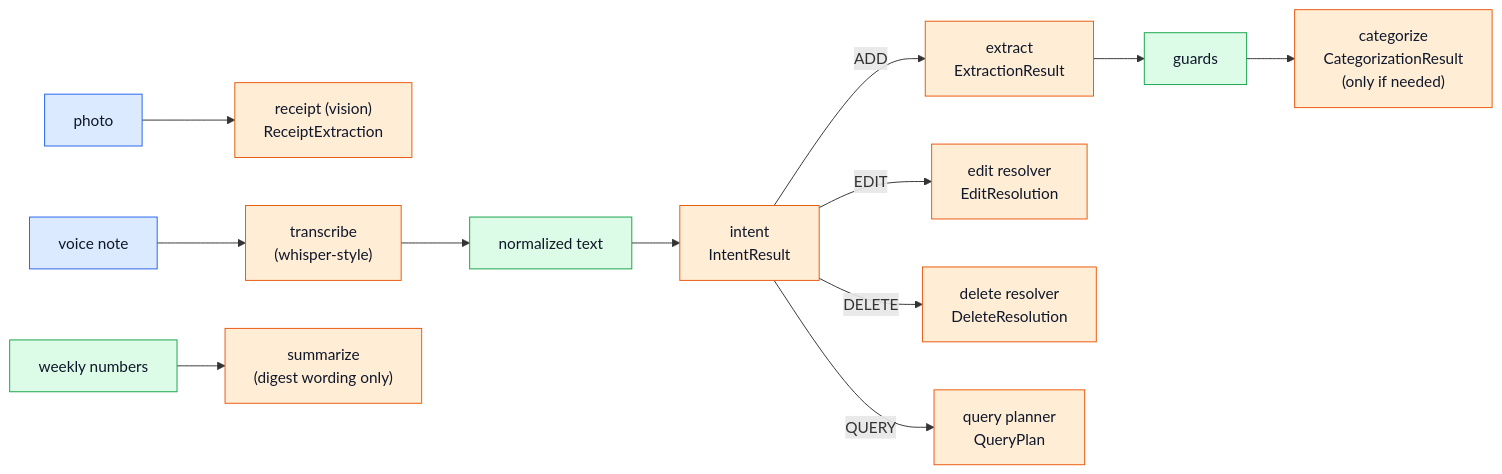
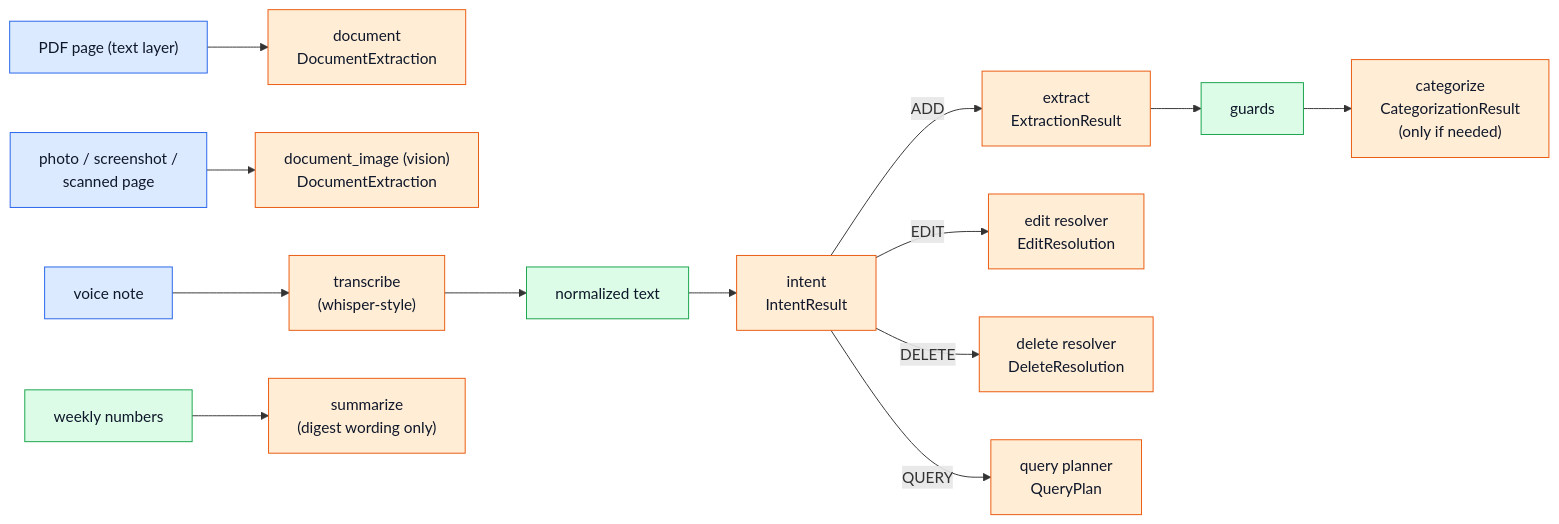
One commit to ShishirRijal/PocketAI changed the first of 3 diagrams in docs/04-llm-layer.md. Above: the diagram before and after it, drawn with Mermaid. The commit also changed other lines of this file and 8 other files, not shown here.

````diff
--- a/docs/04-llm-layer.md
+++ b/docs/04-llm-layer.md
@@ -11,16 +11,17 @@
 ```mermaid
 flowchart LR
   T["normalized text"]:::core --> I["intent<br/>IntentResult"]:::ai
   I -- ADD --> X["extract<br/>ExtractionResult"]:::ai
   X --> G["guards"]:::core --> C["categorize<br/>CategorizationResult<br/>(only if needed)"]:::ai
   I -- EDIT --> E["edit resolver<br/>EditResolution"]:::ai
   I -- DELETE --> D["delete resolver<br/>DeleteResolution"]:::ai
   I -- QUERY --> Q["query planner<br/>QueryPlan"]:::ai
-  PH["photo"]:::user --> RC["receipt (vision)<br/>ReceiptExtraction"]:::ai
+  PDF["PDF page (text layer)"]:::user --> DOC["document<br/>DocumentExtraction"]:::ai
+  PH["photo / screenshot /<br/>scanned page"]:::user --> DI["document_image (vision)<br/>DocumentExtraction"]:::ai
   VN["voice note"]:::user --> TR["transcribe<br/>(whisper-style)"]:::ai --> T
   DG["weekly numbers"]:::core --> SU["summarize<br/>(digest wording only)"]:::ai
 
   classDef user fill:#dbeafe,stroke:#2563eb,color:#0f172a
   classDef core fill:#dcfce7,stroke:#16a34a,color:#0f172a
   classDef ai fill:#ffedd5,stroke:#ea580c,color:#0f172a
 ```
````
